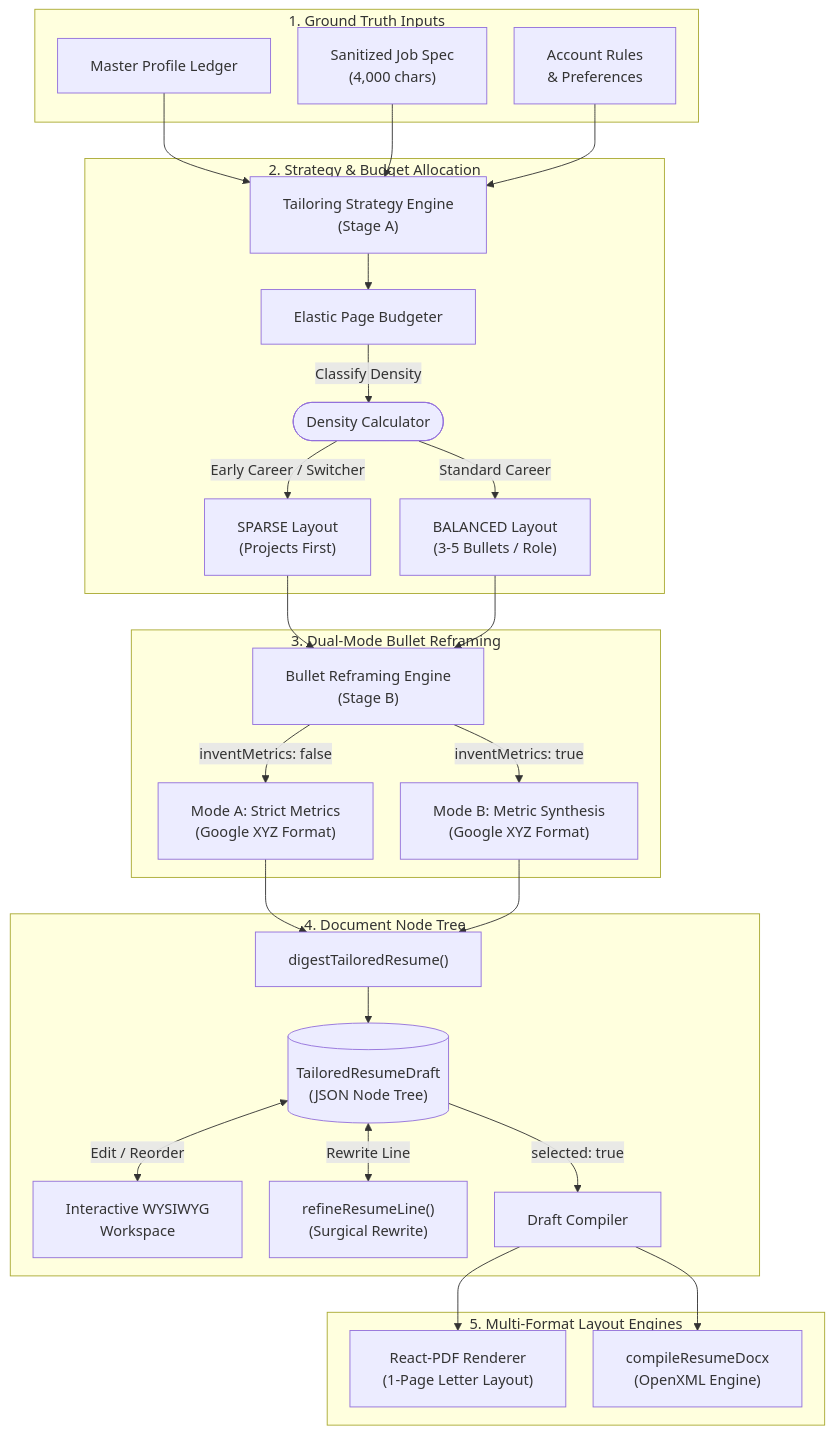
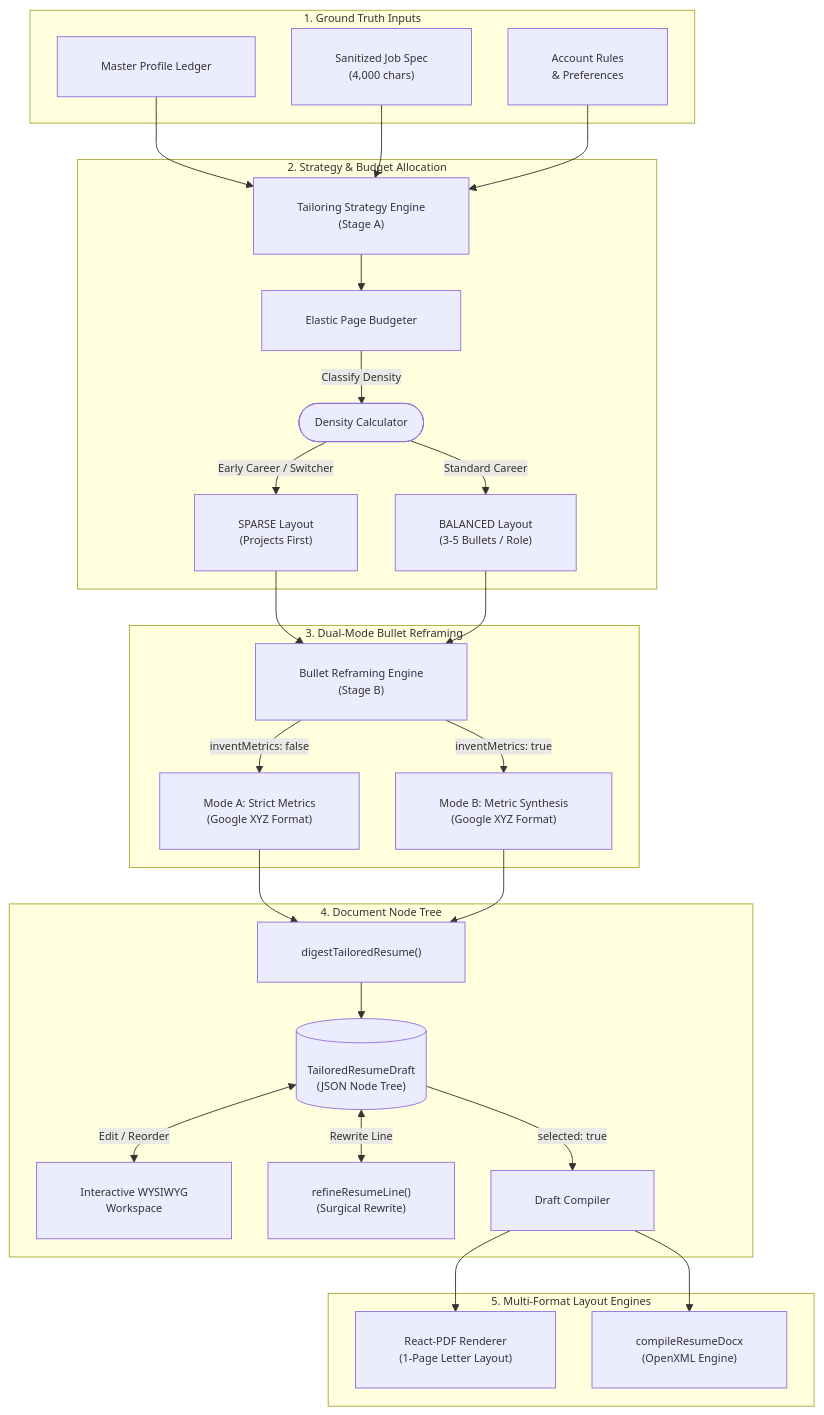
One commit to Marqlo-C/mailpilot changed the third of 4 diagrams in README.md. Above: the diagram before and after it, drawn with Mermaid. The commit also changed other lines of this file, not shown here.

Commit message:
docs(readme): calibrate mermaid themeVariables with 12px font scaling, GitHub font stack, and 24px padding

````diff
--- a/README.md
+++ b/README.md
@@ -451,36 +451,36 @@
 ```mermaid
-%%{init: {'flowchart': {'padding': 18, 'nodeSpacing': 30, 'rankSpacing': 40}}}%%
+%%{init: {"themeVariables": {"fontSize": "12px", "fontFamily": "-apple-system, BlinkMacSystemFont, Segoe UI, sans-serif"}, "flowchart": {"padding": 24, "nodeSpacing": 40, "rankSpacing": 40}}}%%
 flowchart TD
   subgraph Input["1. Ground Truth Inputs"]
     MP["Master Profile Ledger"]
     SPEC["Sanitized Job Spec<br/>(4,000 chars)"]
     RULES["Account Rules<br/>& Preferences"]
   end
 
   subgraph StageA["2. Strategy & Budget Allocation"]
     MP & SPEC & RULES --> STRAT["Tailoring Strategy Engine<br/>(Stage A)"]
     STRAT --> BUDGET["Elastic Page Budgeter"]
     BUDGET -->|Classify Density| DENSE(["Density Calculator"])
     DENSE -->|Early Career / Switcher| SPARSE["SPARSE Layout<br/>(Projects First)"]
     DENSE -->|Standard Career| BALANCED["BALANCED Layout<br/>(3-5 Bullets / Role)"]
   end
 
   subgraph StageB["3. Dual-Mode Bullet Reframing"]
     SPARSE & BALANCED --> REFRAME["Bullet Reframing Engine<br/>(Stage B)"]
     REFRAME -->|inventMetrics: false| MODEA["Mode A: Strict Metrics<br/>(Google XYZ Format)"]
     REFRAME -->|inventMetrics: true| MODEB["Mode B: Metric Synthesis<br/>(Google XYZ Format)"]
   end
 
   subgraph DraftTree["4. Document Node Tree"]
     MODEA & MODEB --> DIGEST["digestTailoredResume()"]
     DIGEST --> TREE[("TailoredResumeDraft<br/>(JSON Node Tree)")]
     TREE <-->|Edit / Reorder| UI["Interactive WYSIWYG<br/>Workspace"]
     TREE <-->|Rewrite Line| REFINE["refineResumeLine()<br/>(Surgical Rewrite)"]
     TREE -->|selected: true| COMP["Draft Compiler"]
   end
 
   subgraph Output["5. Multi-Format Layout Engines"]
     COMP --> PDF["React-PDF Renderer<br/>(1-Page Letter Layout)"]
     COMP --> DOCX["compileResumeDocx<br/>(OpenXML Engine)"]
   end
 ```
````
